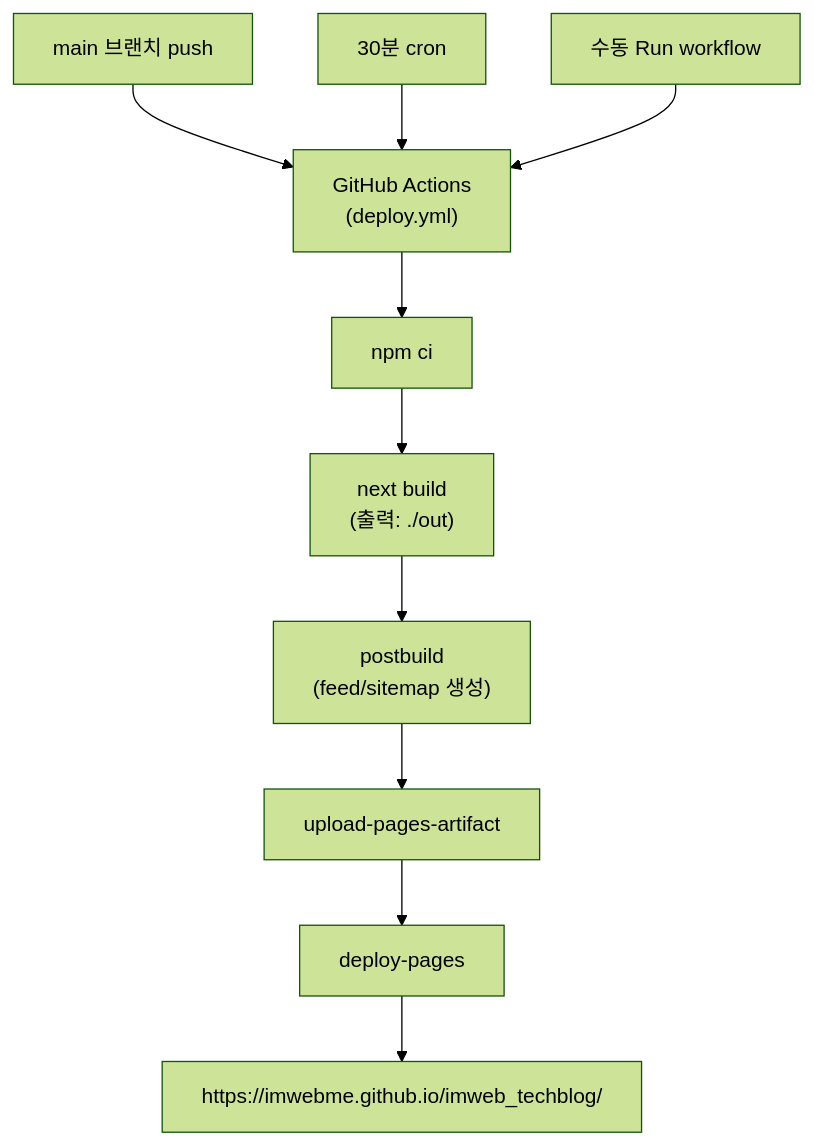
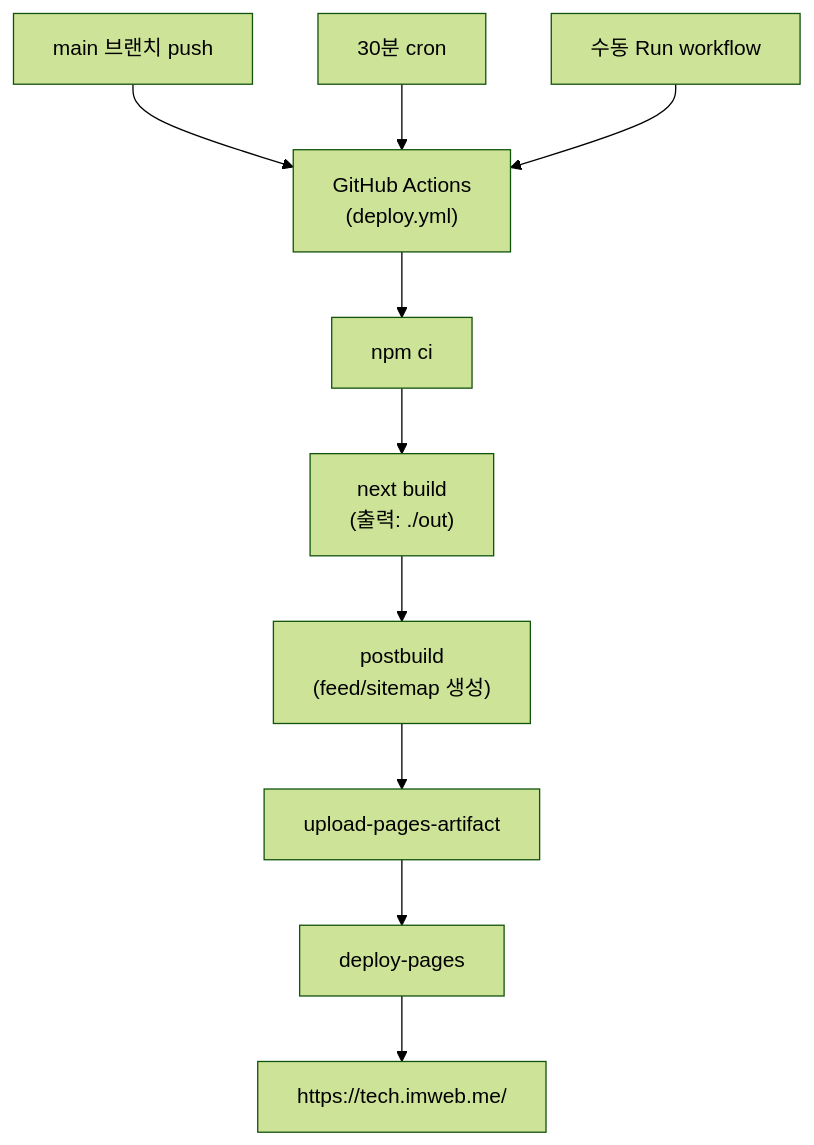
Before and after one commit to imwebme/imweb_techblog: the second of 2 diagrams in STRUCTURE.md, drawn with Mermaid (forest theme). The commit also changed other lines of this file and 5 other files, not shown here.

First line of the commit message:
feat: 커스텀 도메인 tech.imweb.me 로 운영

````diff
--- a/STRUCTURE.md
+++ b/STRUCTURE.md
@@ -227,23 +228,23 @@
 ```mermaid
 flowchart TB
   T1["main 브랜치 push"]
   T2["30분 cron"]
   T3["수동 Run workflow"]
   A["GitHub Actions<br/>(deploy.yml)"]
   I["npm ci"]
   B["next build<br/>(출력: ./out)"]
   PB["postbuild<br/>(feed/sitemap 생성)"]
   AR["upload-pages-artifact"]
   D["deploy-pages"]
-  GH["https://imwebme.github.io/imweb_techblog/"]
+  GH["https://tech.imweb.me/"]
 
   T1 --> A
   T2 --> A
   T3 --> A
   A --> I
   I --> B
   B --> PB
   PB --> AR
   AR --> D
   D --> GH
 ```
````
